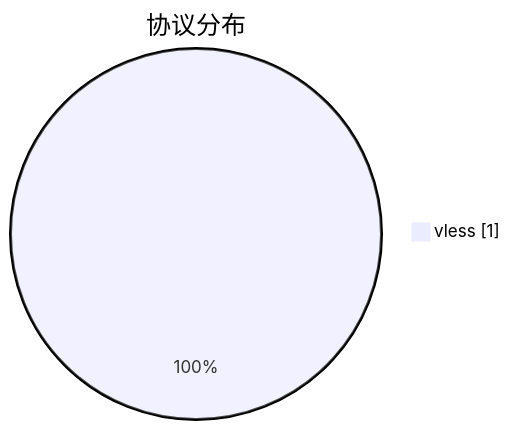
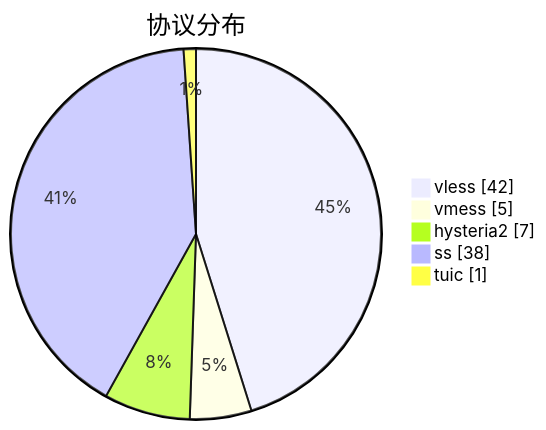
One commit to sinspired/airport changed the third of 3 diagrams in subs/statistics/tested_within.md. Above: the diagram before and after it, drawn with Mermaid. The commit also changed other lines of this file and 2 other files, not shown here.

````diff
--- a/subs/statistics/tested_within.md
+++ b/subs/statistics/tested_within.md
@@ -12,5 +31,9 @@
 ```mermaid
 pie showData
 title 协议分布
-"vless" : 1
+"vless" : 42
+"vmess" : 5
+"hysteria2" : 7
+"ss" : 38
+"tuic" : 1
 ```
````
